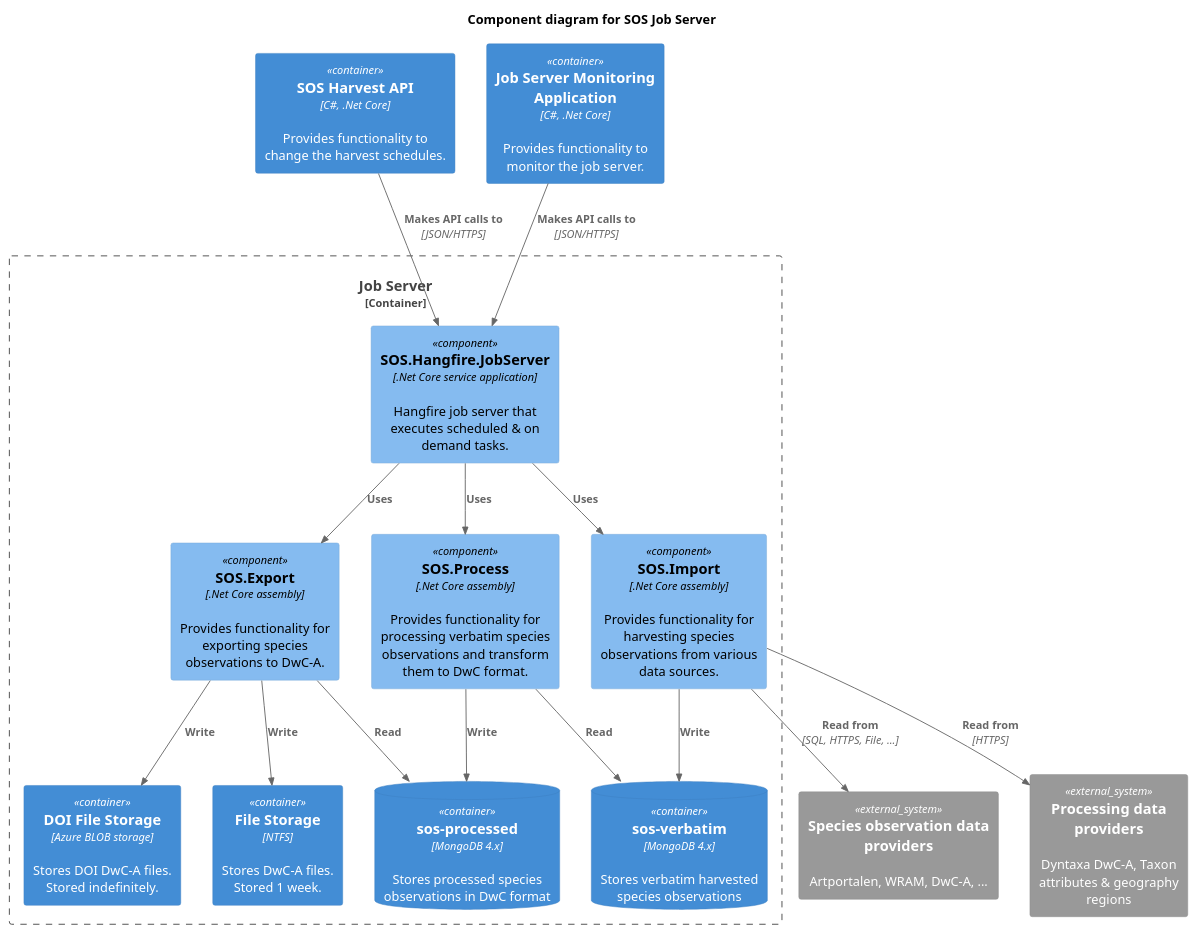
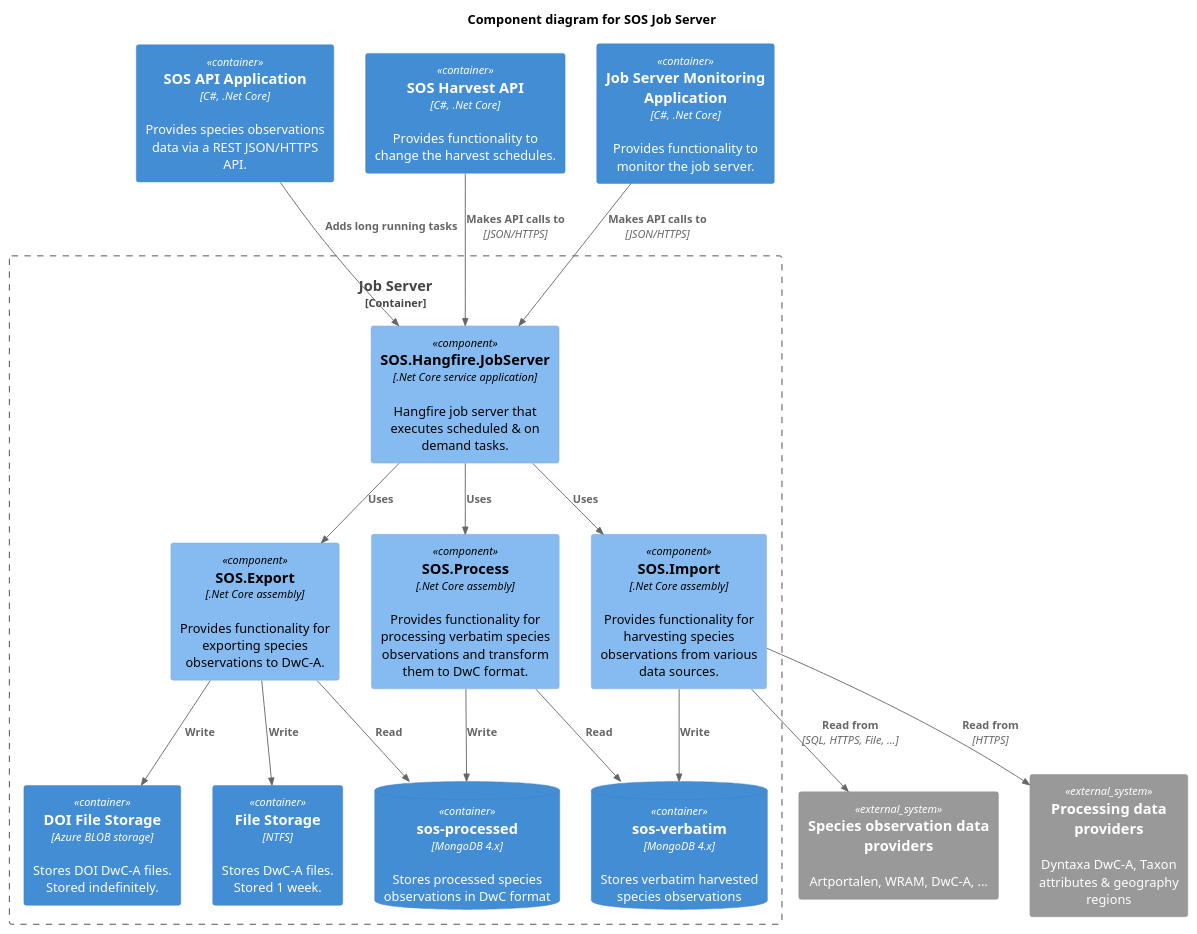
The diagram in Documentation/Diagrams/Job Server Component Diagram.puml (biodiversitydata-se/SOS), drawn with PlantUML before and after one commit. The commit also changed 4 other files, not shown here.

Commit message:
Updated some diagrams.

```diff
--- a/Documentation/Diagrams/Job Server Component Diagram.puml
+++ b/Documentation/Diagrams/Job Server Component Diagram.puml
@@ -1,39 +1,41 @@
 @startuml
 !includeurl https://raw.githubusercontent.com/RicardoNiepel/C4-PlantUML/master/C4_Component.puml
 title Component diagram for SOS Job Server
+Container(api_application, "SOS API Application", "C#, .Net Core", "Provides species observations data via a REST JSON/HTTPS API.")
 Container(harvest_api, "SOS Harvest API", "C#, .Net Core", "Provides functionality to change the harvest schedules.")
 Container(job_monitoring_application, "Job Server Monitoring Application", "C#, .Net Core", "Provides functionality to monitor the job server.")
 System_Ext(observation_data_providers, "Species observation data providers", "Artportalen, WRAM, DwC-A, ...")
 System_Ext(processing_data_providers, "Processing data providers", "Dyntaxa DwC-A, Taxon attributes & geography regions")
 
 Container_Boundary(job_server_container, "Job Server") {
     ' Components
     Component(job_server, "SOS.Hangfire.JobServer", ".Net Core service application", "Hangfire job server that executes scheduled & on demand tasks.")
     Component(import_assembly, "SOS.Import", ".Net Core assembly", "Provides functionality for harvesting species observations from various data sources.")
     Component(process_assembly, "SOS.Process", ".Net Core assembly", "Provides functionality for processing verbatim species observations and transform them to DwC format.")
     Component(export_assembly, "SOS.Export", ".Net Core assembly", "Provides functionality for exporting species observations to DwC-A.")
 
     ' Data storage
     ContainerDb(mongodb_sos_processed, "sos-processed", "MongoDB 4.x", "Stores processed species observations in DwC format")
     ContainerDb(mongodb_sos_verbatim, "sos-verbatim", "MongoDB 4.x", "Stores verbatim harvested species observations")
     Container(doi_file_storage, "DOI File Storage", "Azure BLOB storage", "Stores DOI DwC-A files.\nStored indefinitely.")
     Container(file_storage, "File Storage", "NTFS", "Stores DwC-A files.\nStored 1 week.")
 
     ' Relations
     Rel(job_server, import_assembly, "Uses")
     Rel(job_server, process_assembly, "Uses")
     Rel(job_server, export_assembly, "Uses")
     Rel(import_assembly, mongodb_sos_verbatim, "Write")
     Rel(process_assembly, mongodb_sos_verbatim, "Read")
     Rel(process_assembly, mongodb_sos_processed, "Write")
     Rel(export_assembly, mongodb_sos_processed, "Read")
     Rel(export_assembly, file_storage, "Write")
     Rel(export_assembly, doi_file_storage, "Write")    
 }
 
 'Relations
 Rel(import_assembly, observation_data_providers, "Read from", "SQL, HTTPS, File, ...")
 Rel(import_assembly, processing_data_providers, "Read from", "HTTPS")
+Rel(api_application, job_server, "Adds long running tasks")
 Rel(harvest_api, job_server, "Makes API calls to", "JSON/HTTPS")
 Rel(job_monitoring_application, job_server, "Makes API calls to", "JSON/HTTPS")
 @enduml
```
